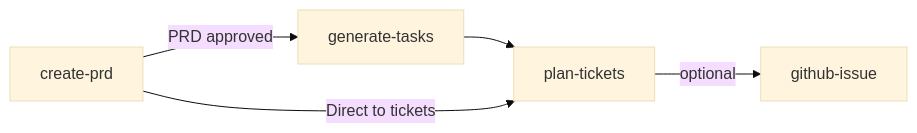
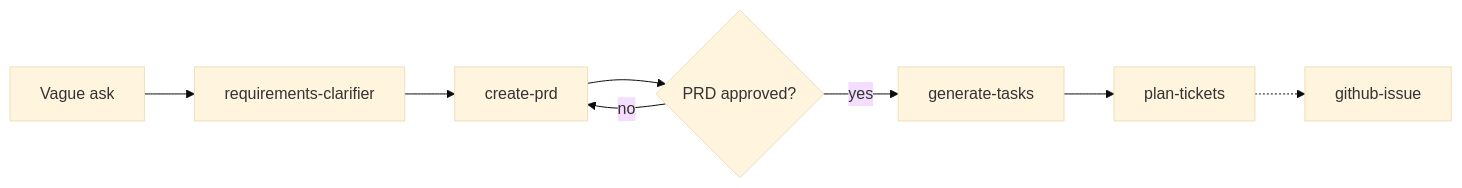
Before and after one commit to igmarin/agnostic-planning-skills: the first of 2 diagrams in README.md, drawn with Mermaid (base theme). The commit also changed other lines of this file and 34 other files, not shown here.

````diff
--- a/README.md
+++ b/README.md
@@ -82,7 +11,10 @@
 ```mermaid
-graph LR
-    A[create-prd] -->|PRD approved| B[generate-tasks]
-    B --> C[plan-tickets]
-    C -->|optional| D[github-issue]
-    A -->|Direct to tickets| C
+flowchart LR
+  A[Vague ask] --> B[requirements-clarifier]
+  B --> C[create-prd]
+  C --> D{PRD approved?}
+  D -->|no| C
+  D -->|yes| E[generate-tasks]
+  E --> F[plan-tickets]
+  F -.-> G[github-issue]
 ```
````
